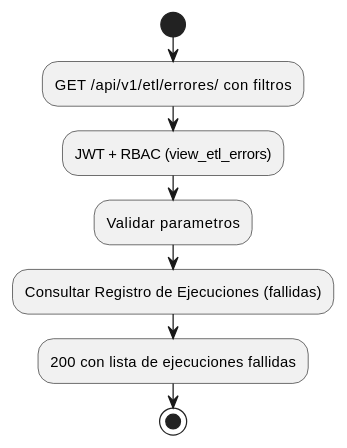
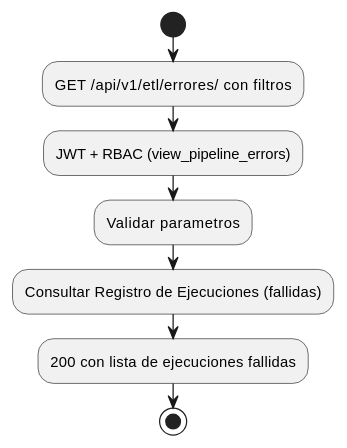
One commit to jcg-admin/IACT-docs changed the second of 4 diagrams in source/requisitos/casos-uso/pipeline/uc-pip-02/diagramas-uml.rst. Above: the diagram before and after it, drawn with PlantUML. The commit also changed other lines of this file and 157 other files, not shown here.

First line of the commit message:
Enforce catalog function names across all diagrams

```diff
--- a/source/requisitos/casos-uso/pipeline/uc-pip-02/diagramas-uml.rst
+++ b/source/requisitos/casos-uso/pipeline/uc-pip-02/diagramas-uml.rst
@@ -28,11 +28,11 @@
 .. uml::
 
  @startuml
  start
  :GET /api/v1/etl/errores/ con filtros;
- :JWT + RBAC (view_etl_errors);
+ :JWT + RBAC (view_pipeline_errors);
  :Validar parametros;
  :Consultar Registro de Ejecuciones (fallidas);
  :200 con lista de ejecuciones fallidas;
  stop
  @enduml
```
